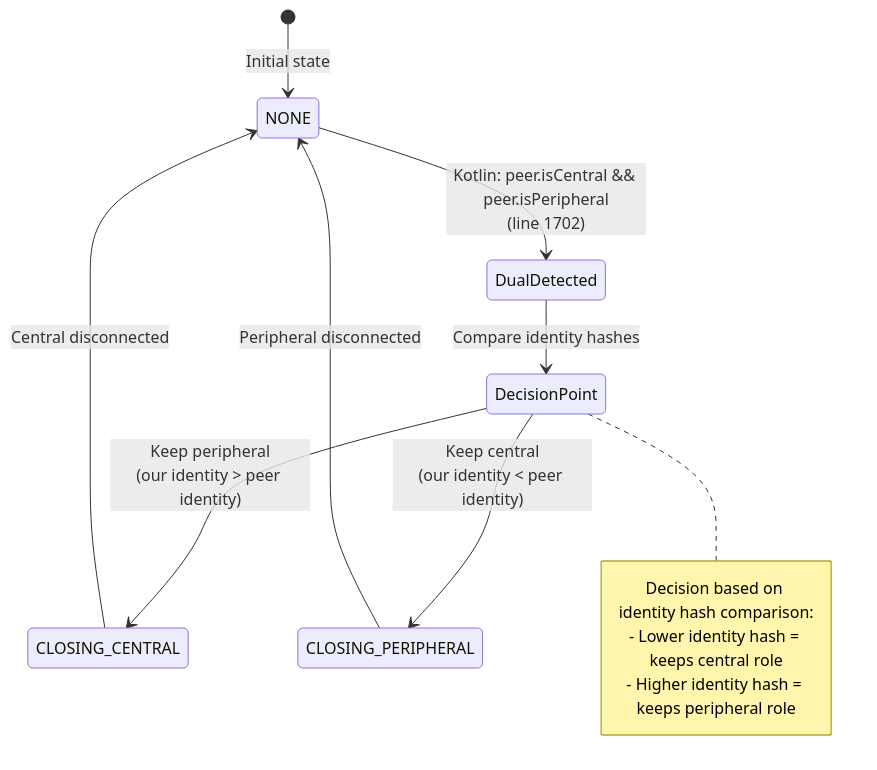
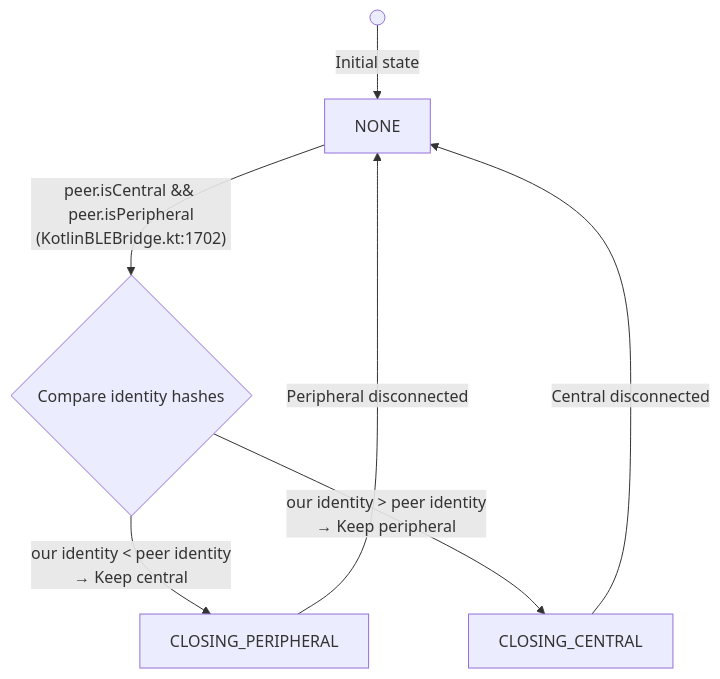
The tenth of 16 diagrams in docs/ble-architecture.md (torlando-tech/columba), drawn with Mermaid before and after one commit.

Commit message:
docs(ble): reorganize deduplication state diagram for clarity
Switch from stateDiagram-v2 to flowchart TD to avoid crossing lines:
- Top-down layout with decision diamond in center
- CLOSING states branch left/right, return to NONE without crossing
- Embed comparison logic in edge labels for readability

````diff
--- a/docs/ble-architecture.md
+++ b/docs/ble-architecture.md
@@ -354,20 +354,12 @@
 ```mermaid
-stateDiagram-v2
-    [*] --> NONE: Initial state
+flowchart TD
+    Start(( )) -->|Initial state| NONE[NONE]
 
-    NONE --> DualDetected: Kotlin\: peer.isCentral && peer.isPeripheral<br/>(line 1702)
+    NONE -->|"peer.isCentral && peer.isPeripheral<br/>(KotlinBLEBridge.kt:1702)"| Decision{Compare identity hashes}
 
-    DualDetected --> DecisionPoint: Compare identity hashes
+    Decision -->|"our identity < peer identity<br/>→ Keep central"| CLOSING_PERIPHERAL[CLOSING_PERIPHERAL]
+    Decision -->|"our identity > peer identity<br/>→ Keep peripheral"| CLOSING_CENTRAL[CLOSING_CENTRAL]
 
-    DecisionPoint --> CLOSING_CENTRAL: Keep peripheral<br/>(our identity > peer identity)
-    DecisionPoint --> CLOSING_PERIPHERAL: Keep central<br/>(our identity < peer identity)
-
-    CLOSING_CENTRAL --> NONE: Central disconnected
-    CLOSING_PERIPHERAL --> NONE: Peripheral disconnected
-
-    note right of DecisionPoint
-        Decision based on identity hash comparison:
-        - Lower identity hash = keeps central role
-        - Higher identity hash = keeps peripheral role
-    end note
+    CLOSING_PERIPHERAL -->|"Peripheral disconnected"| NONE
+    CLOSING_CENTRAL -->|"Central disconnected"| NONE
 ```
````
